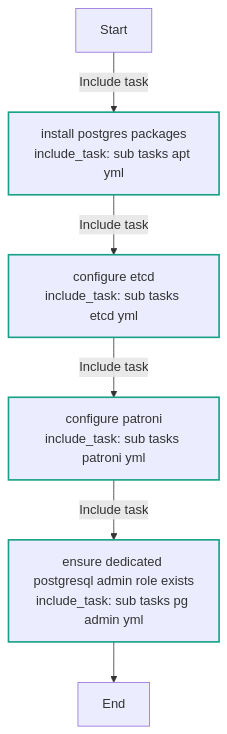
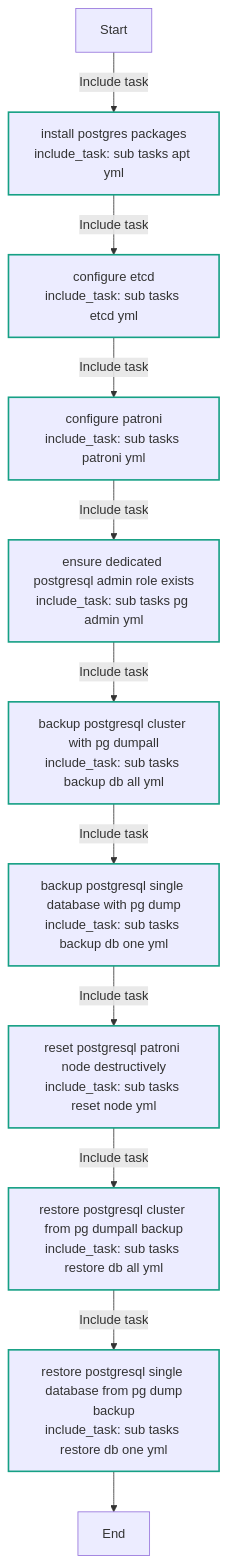
One commit to Lebowski89/homelab changed the first of 10 diagrams in ansible/roles/postgres/README.md. Above: the diagram before and after it, drawn with Mermaid. The commit also changed other lines of this file, not shown here.

Commit message:
docs(ansible): regenerate role docs

````diff
--- a/ansible/roles/postgres/README.md
+++ b/ansible/roles/postgres/README.md
@@ -129,18 +238,23 @@
 ```mermaid
 flowchart TD
 Start
 classDef block stroke:#3498db,stroke-width:2px;
 classDef task stroke:#4b76bb,stroke-width:2px;
 classDef includeTasks stroke:#16a085,stroke-width:2px;
 classDef importTasks stroke:#34495e,stroke-width:2px;
 classDef includeRole stroke:#2980b9,stroke-width:2px;
 classDef importRole stroke:#699ba7,stroke-width:2px;
 classDef includeVars stroke:#8e44ad,stroke-width:2px;
 classDef rescue stroke:#665352,stroke-width:2px;
 
   Start-->|Include task| Install_postgres_packages_sub_tasks_apt_yml_0[install postgres packages<br>include_task: sub tasks apt yml]:::includeTasks
   Install_postgres_packages_sub_tasks_apt_yml_0-->|Include task| Configure_etcd_sub_tasks_etcd_yml_1[configure etcd<br>include_task: sub tasks etcd yml]:::includeTasks
   Configure_etcd_sub_tasks_etcd_yml_1-->|Include task| Configure_Patroni_sub_tasks_patroni_yml_2[configure patroni<br>include_task: sub tasks patroni yml]:::includeTasks
   Configure_Patroni_sub_tasks_patroni_yml_2-->|Include task| Ensure_dedicated_PostgreSQL_admin_role_exists_sub_tasks_pg_admin_yml_3[ensure dedicated postgresql admin role exists<br>include_task: sub tasks pg admin yml]:::includeTasks
-  Ensure_dedicated_PostgreSQL_admin_role_exists_sub_tasks_pg_admin_yml_3-->End
+  Ensure_dedicated_PostgreSQL_admin_role_exists_sub_tasks_pg_admin_yml_3-->|Include task| Backup_PostgreSQL_cluster_with_pg_dumpall_sub_tasks_backup_db_all_yml_4[backup postgresql cluster with pg dumpall<br>include_task: sub tasks backup db all yml]:::includeTasks
+  Backup_PostgreSQL_cluster_with_pg_dumpall_sub_tasks_backup_db_all_yml_4-->|Include task| Backup_PostgreSQL_single_database_with_pg_dump_sub_tasks_backup_db_one_yml_5[backup postgresql single database with pg dump<br>include_task: sub tasks backup db one yml]:::includeTasks
+  Backup_PostgreSQL_single_database_with_pg_dump_sub_tasks_backup_db_one_yml_5-->|Include task| Reset_PostgreSQL_Patroni_node_destructively_sub_tasks_reset_node_yml_6[reset postgresql patroni node destructively<br>include_task: sub tasks reset node yml]:::includeTasks
+  Reset_PostgreSQL_Patroni_node_destructively_sub_tasks_reset_node_yml_6-->|Include task| Restore_PostgreSQL_cluster_from_pg_dumpall_backup_sub_tasks_restore_db_all_yml_7[restore postgresql cluster from pg dumpall backup<br>include_task: sub tasks restore db all yml]:::includeTasks
+  Restore_PostgreSQL_cluster_from_pg_dumpall_backup_sub_tasks_restore_db_all_yml_7-->|Include task| Restore_PostgreSQL_single_database_from_pg_dump_backup_sub_tasks_restore_db_one_yml_8[restore postgresql single database from pg dump<br>backup<br>include_task: sub tasks restore db one yml]:::includeTasks
+  Restore_PostgreSQL_single_database_from_pg_dump_backup_sub_tasks_restore_db_one_yml_8-->End
 ```
````
